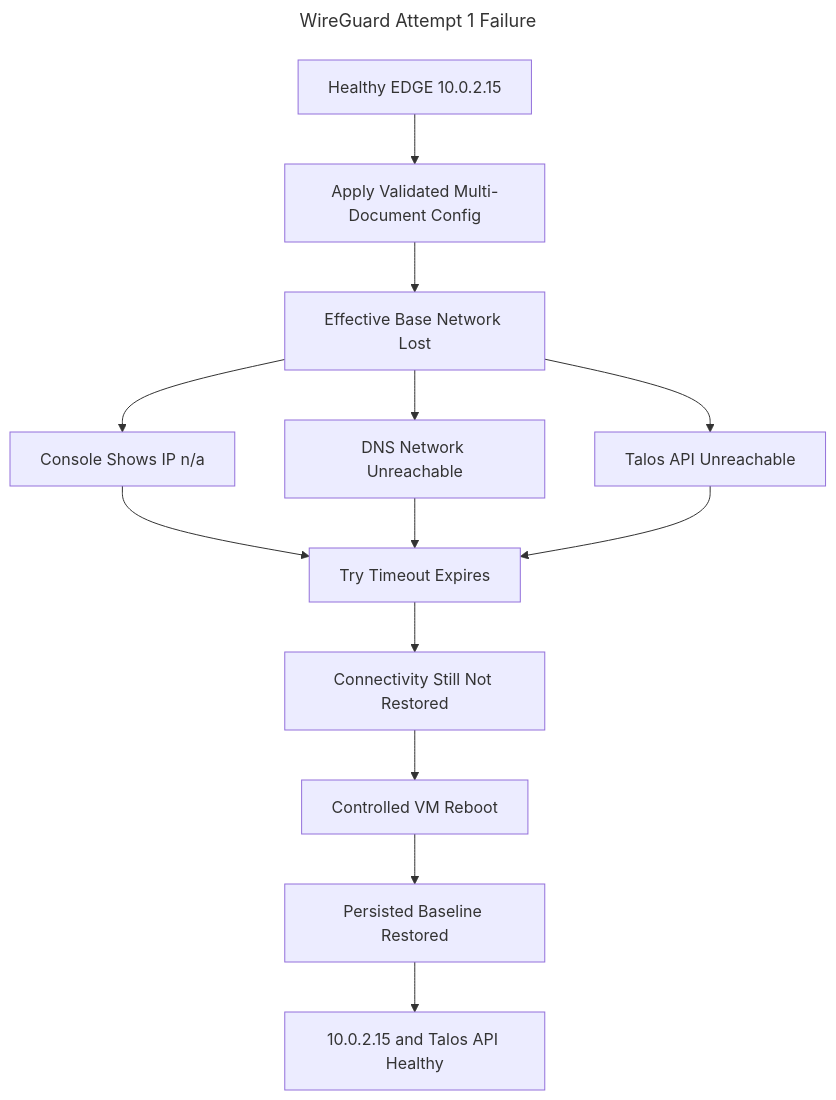
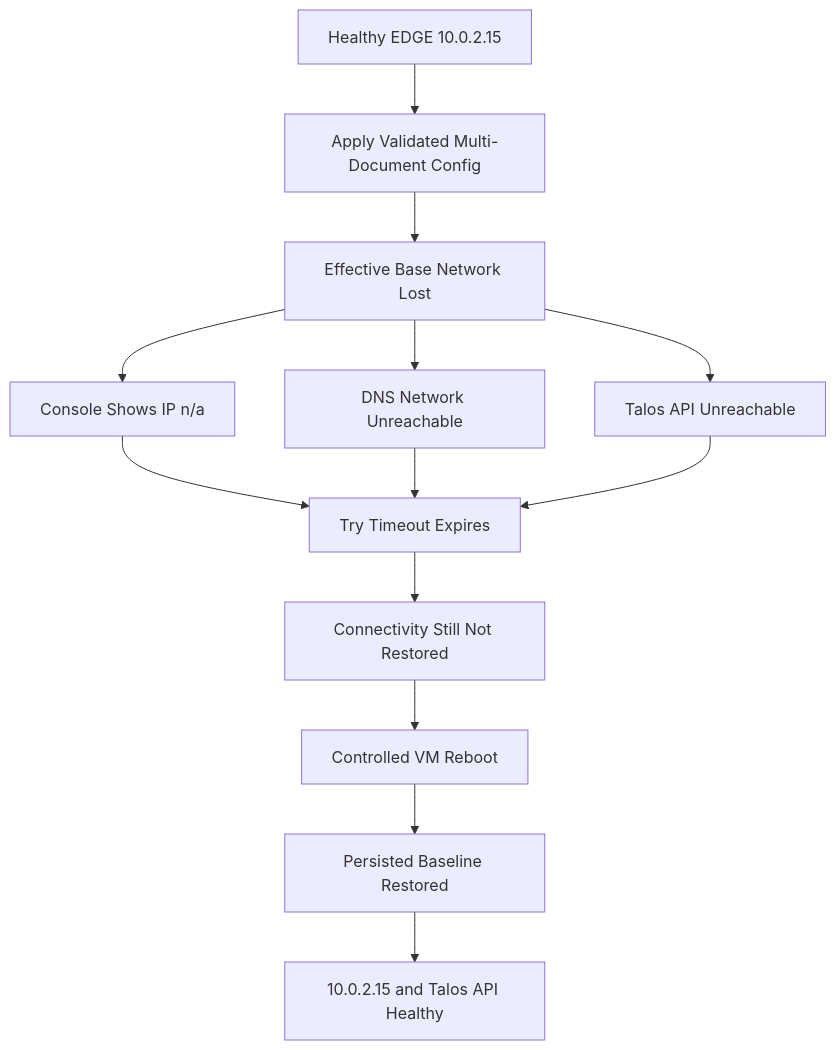
One commit to naren4b/learn-talos changed diagram 31 of 35 in docs/track-2-secure-edge/README.md. Above: the diagram before and after it, drawn with Mermaid. The commit also changed other lines of this file, not shown here.

Commit message:
docs: fix GitHub Mermaid rich display errors

````diff
--- a/docs/track-2-secure-edge/README.md
+++ b/docs/track-2-secure-edge/README.md
@@ -2026,26 +2022,23 @@
 ```mermaid
----
-title: WireGuard Attempt 1 Failure
----
 flowchart TD
     A[Healthy EDGE 10.0.2.15]
     B[Apply Validated Multi-Document Config]
     C[Effective Base Network Lost]
     D[Console Shows IP n/a]
     E[DNS Network Unreachable]
     F[Talos API Unreachable]
     G[Try Timeout Expires]
     H[Connectivity Still Not Restored]
     I[Controlled VM Reboot]
     J[Persisted Baseline Restored]
     K[10.0.2.15 and Talos API Healthy]
 
     A --> B --> C
     C --> D
     C --> E
     C --> F
     D --> G
     E --> G
     F --> G
     G --> H --> I --> J --> K
 ```
````
